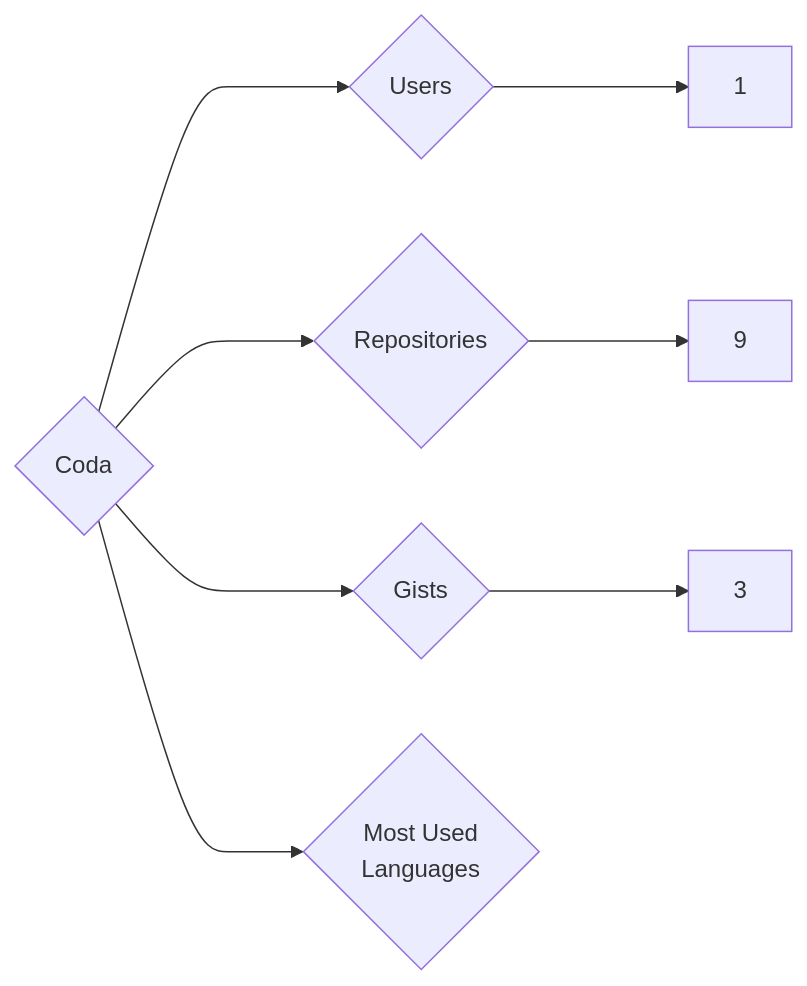
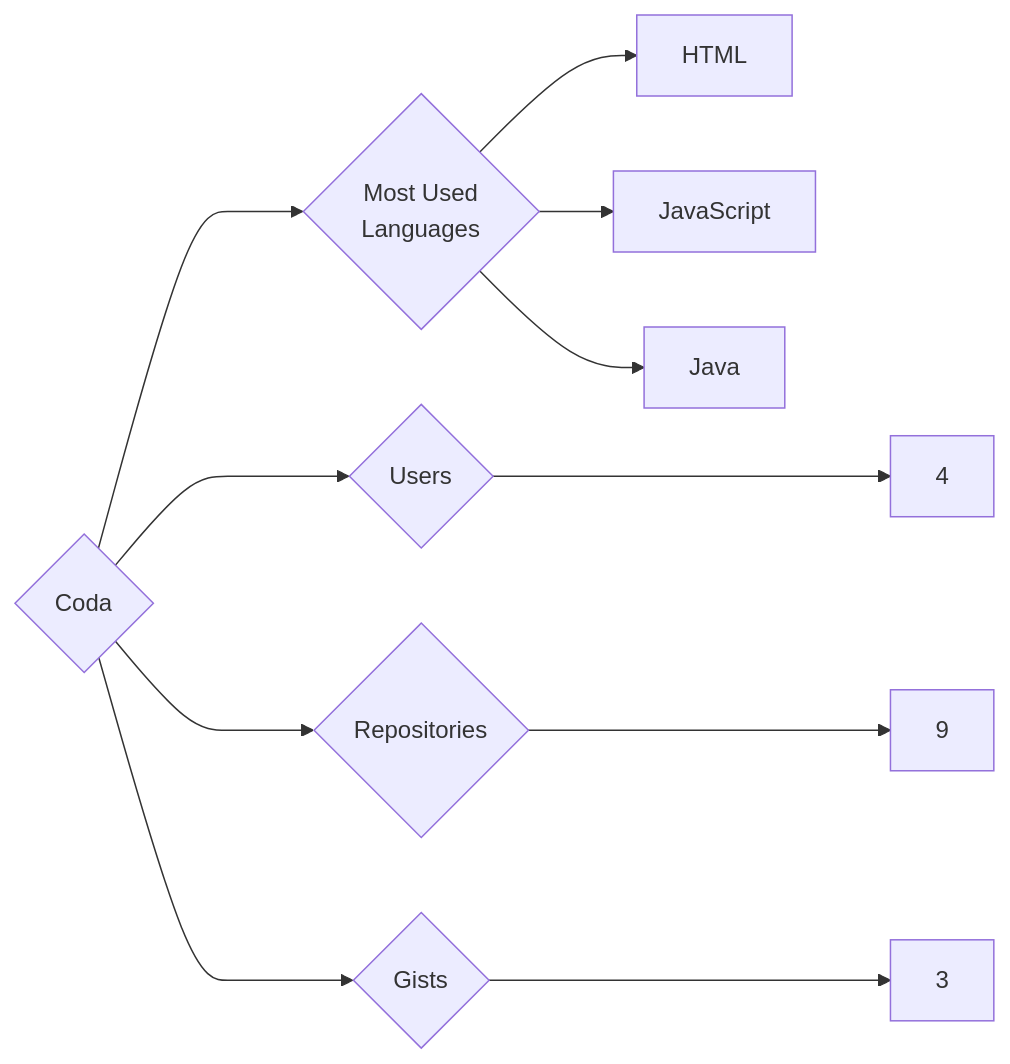
Before and after one commit to trickest/insiders: the diagram in targets/Coda/README.md, drawn with Mermaid. The commit also changed 1055 other files, not shown here.

````diff
--- a/targets/Coda/README.md
+++ b/targets/Coda/README.md
@@ -3,8 +3,11 @@
 ```mermaid
 graph LR
 COMPANY_NAME{Coda}
-COMPANY_NAME ---> U{Users} ---> UN[1]
+COMPANY_NAME ---> U{Users} ---> UN[4]
 COMPANY_NAME ---> R{Repositories} ---> RN[9]
 COMPANY_NAME ---> G{Gists} ---> GN[3]
 COMPANY_NAME ---> ML{Most Used<br>Languages}
+ML --> HTML[HTML]
+ML --> JavaScript[JavaScript]
+ML --> Java[Java]
 ```
````
